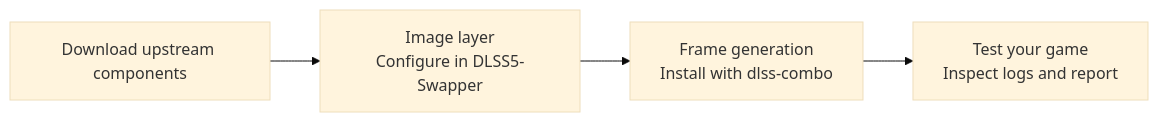
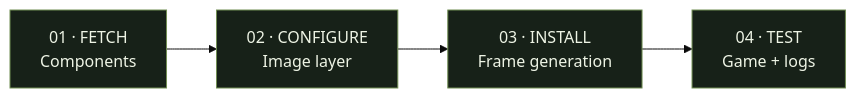
One commit to ztwzeroo/DLSS5-FrameGen changed the diagram in README.md. Above: the diagram before and after it, drawn with Mermaid (base theme).

Commit message:
docs: align workflow diagram with homepage visual style

````diff
--- a/README.md
+++ b/README.md
@@ -45,6 +45,8 @@
 ```mermaid
 flowchart LR
-    A["Download upstream components"] --> B["Image layer<br/>Configure in DLSS5-Swapper"]
-    B --> C["Frame generation<br/>Install with dlss-combo"]
-    C --> D["Test your game<br/>Inspect logs and report"]
+    A["01 · FETCH<br/>Components"] --> B["02 · CONFIGURE<br/>Image layer"]
+    B --> C["03 · INSTALL<br/>Frame generation"]
+    C --> D["04 · TEST<br/>Game + logs"]
+    classDef step fill:#172118,color:#eef4e5,stroke:#718e53,stroke-width:1px
+    class A,B,C,D step
 ```
````
